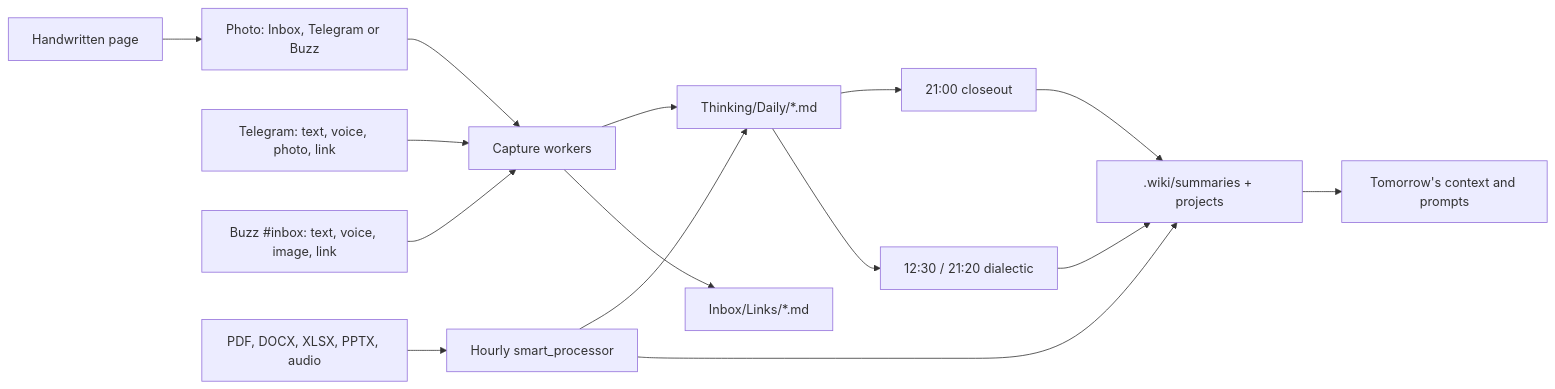
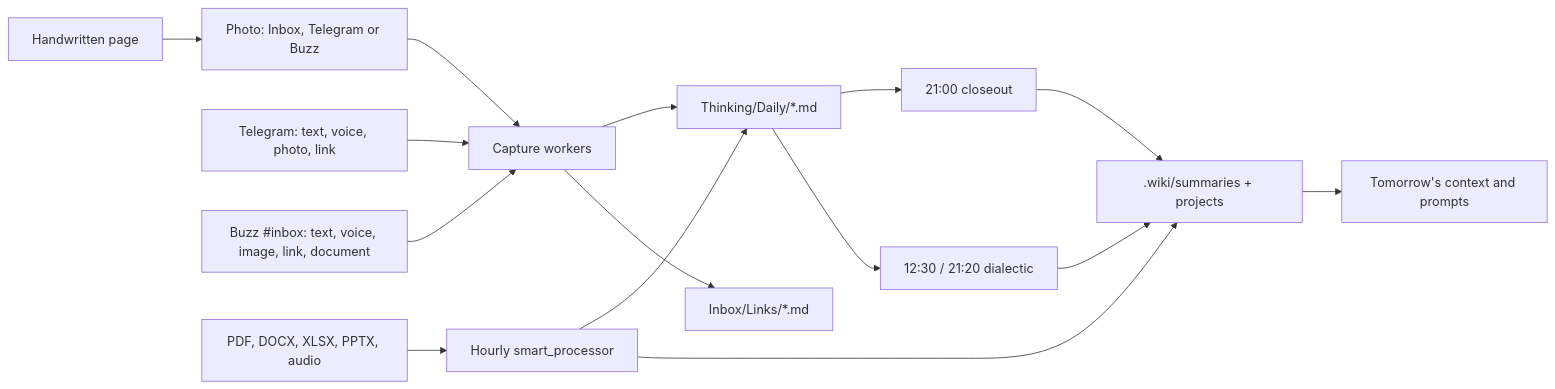
The diagram in docs/capture-flow.md (ezapmar/brainless-public), drawn with Mermaid before and after one commit. The commit also changed other lines of this file and 48 other files, not shown here.

````diff
--- a/docs/capture-flow.md
+++ b/docs/capture-flow.md
@@ -10,17 +10,17 @@
 ```mermaid
 flowchart LR
   hand["Handwritten page"] --> image["Photo: Inbox, Telegram or Buzz"]
   phone["Telegram: text, voice, photo, link"] --> capture["Capture workers"]
-  buzz["Buzz #inbox: text, voice, image, link"] --> capture
+  buzz["Buzz #inbox: text, voice, image, link, document"] --> capture
   image --> capture
   docs["PDF, DOCX, XLSX, PPTX, audio"] --> processor["Hourly smart_processor"]
   capture --> daily["Thinking/Daily/*.md"]
   capture --> links["Inbox/Links/*.md"]
   processor --> daily
   processor --> compiled[".wiki/summaries + projects"]
   daily --> closeout["21:00 closeout"]
   daily --> dialectic["12:30 / 21:20 dialectic"]
   closeout --> compiled
   dialectic --> compiled
   compiled --> tomorrow["Tomorrow's context and prompts"]
 ```
````
